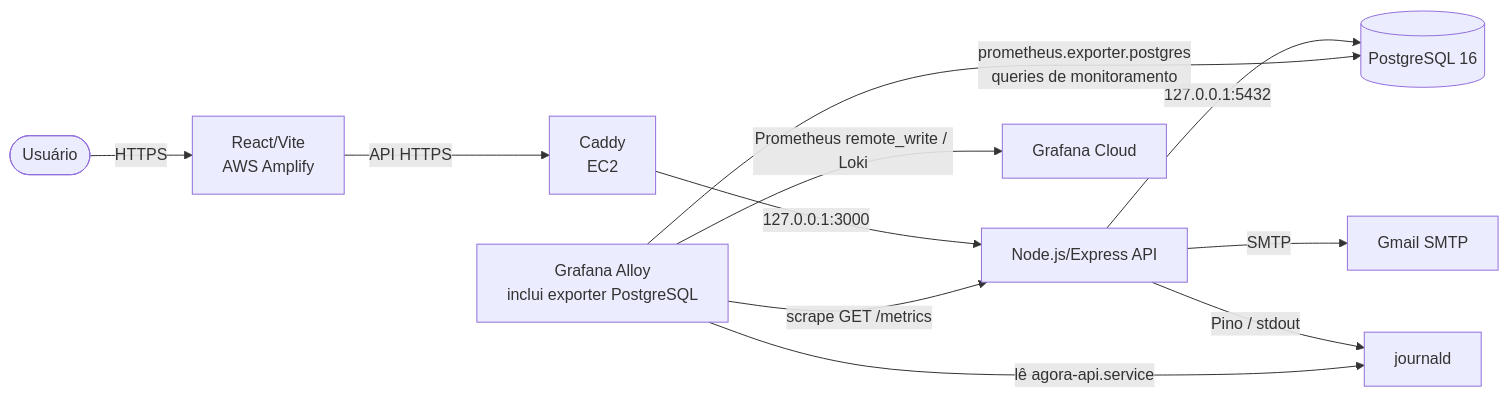
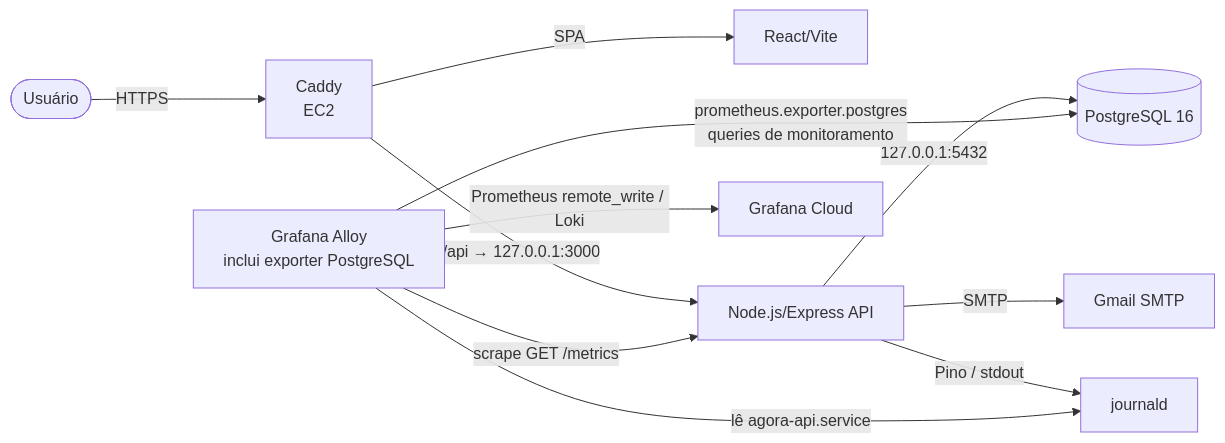
One commit to GeovaniaLuiza/agora-tech-park-fullstack changed the second of 3 diagrams in docs/ARCHITECTURE.md. Above: the diagram before and after it, drawn with Mermaid. The commit also changed other lines of this file and 12 other files, not shown here.

Commit message:
docs: align production architecture with EC2 and Caddy

````diff
--- a/docs/ARCHITECTURE.md
+++ b/docs/ARCHITECTURE.md
@@ -28,13 +28,13 @@
 ```mermaid
 flowchart LR
-    U([Usuário]) -->|HTTPS| FE[React/Vite<br/>AWS Amplify]
-    FE -->|API HTTPS| CADDY[Caddy<br/>EC2]
-    CADDY -->|127.0.0.1:3000| API[Node.js/Express API]
+    U([Usuário]) -->|HTTPS| CADDY[Caddy<br/>EC2]
+    CADDY -->|SPA| FE[React/Vite]
+    CADDY -->|/api → 127.0.0.1:3000| API[Node.js/Express API]
     API -->|127.0.0.1:5432| DB[(PostgreSQL 16)]
     API -->|SMTP| GMAIL[Gmail SMTP]
     ALLOY[Grafana Alloy<br/>inclui exporter PostgreSQL] -->|scrape GET /metrics| API
     API -->|Pino / stdout| JOURNAL[journald]
     ALLOY -->|lê agora-api.service| JOURNAL
     ALLOY -->|prometheus.exporter.postgres<br/>queries de monitoramento| DB
     ALLOY -->|Prometheus remote_write / Loki| GRAFANA[Grafana Cloud]
 ```
````
